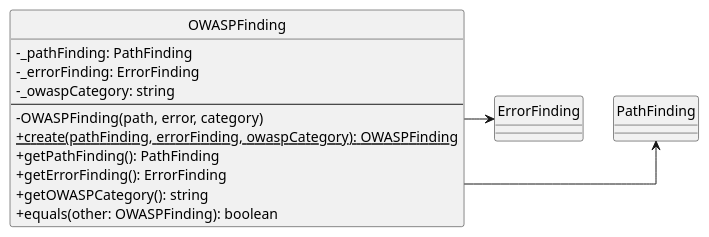
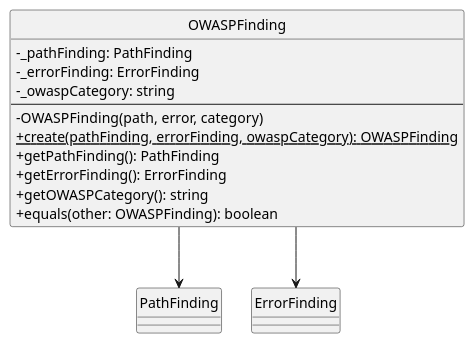
One commit to SkarabGroup/DocumentazioneProgetto changed the diagram in assets/st_diagrams/code/plantuml/analysis/domain/valueObjects/owaspFinding.vo.plantuml. Above: the diagram before and after it, drawn with PlantUML. The commit also changed 30 other files, not shown here.

```diff
--- a/assets/st_diagrams/code/plantuml/analysis/domain/valueObjects/owaspFinding.vo.plantuml
+++ b/assets/st_diagrams/code/plantuml/analysis/domain/valueObjects/owaspFinding.vo.plantuml
@@ -1,24 +1,24 @@
 @startuml OWASPFinding
 skinparam componentStyle uml2.5
 skinparam linetype ortho
 skinparam nodesep 30
 skinparam ranksep 30
 skinparam ClassAttributeIconSize 0
 hide circles
 
 class OWASPFinding {
     - _pathFinding: PathFinding
     - _errorFinding: ErrorFinding
     - _owaspCategory: string
     ---
     - OWASPFinding(path, error, category)
     + {static} create(pathFinding, errorFinding, owaspCategory): OWASPFinding
     + getPathFinding(): PathFinding
     + getErrorFinding(): ErrorFinding
     + getOWASPCategory(): string
     + equals(other: OWASPFinding): boolean
 }
 
-OWASPFinding --right-> PathFinding
-OWASPFinding --right-> ErrorFinding
+OWASPFinding --down-> PathFinding
+OWASPFinding --down-> ErrorFinding
 @enduml
```
